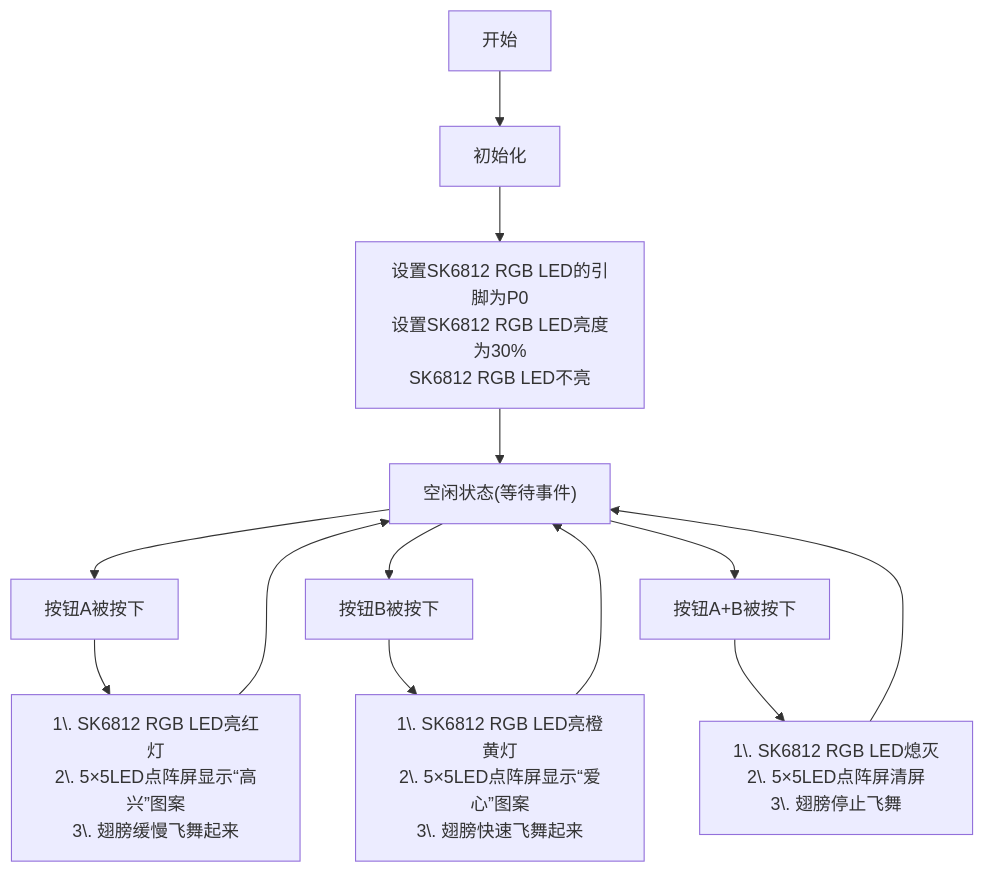
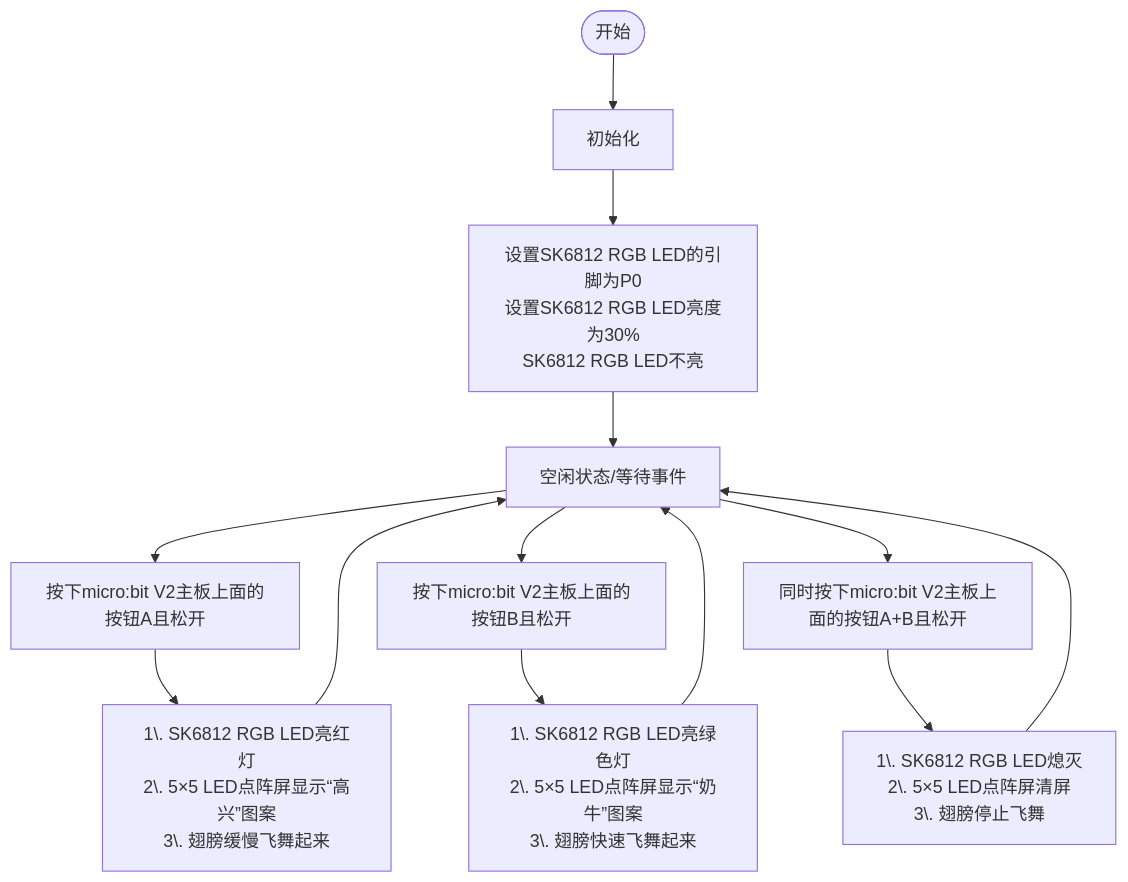
The diagram in docs/MakeCode_教程/Projects/课程08.md (keyestudio/KS0604-Keyestudio-Microbit-8-1-), drawn with Mermaid before and after one commit. The commit also changed other lines of this file and 235 other files, not shown here.

````diff
--- a/docs/MakeCode_教程/Projects/课程08.md
+++ b/docs/MakeCode_教程/Projects/课程08.md
@@ -35,21 +35,21 @@
 ```mermaid
 flowchart TD
-    Start["开始"] --> OnInit1["初始化"]
+    Start([开始]) --> OnInit1[初始化]
 
-    OnInit1 --> OnInit2["设置SK6812 RGB LED的引脚为P0<br>设置SK6812 RGB LED亮度为30%<br>SK6812 RGB LED不亮"]
+    OnInit1 --> OnInit2[设置SK6812 RGB LED的引脚为P0<br>设置SK6812 RGB LED亮度为30%<br>SK6812 RGB LED不亮]
     
-    OnInit2 --> IdleState["空闲状态(等待事件)"]
+    OnInit2 --> IdleState[空闲状态/等待事件]
     
-    IdleState --> EventBtnA["按钮A被按下"]
-    IdleState --> EventBtnB["按钮B被按下"]
-    IdleState --> EventBtnAB["按钮A+B被按下"]
+    IdleState --> EventBtnA[按下micro:bit V2主板上面的按钮A且松开]
+    IdleState --> EventBtnB[按下micro:bit V2主板上面的按钮B且松开]
+    IdleState --> EventBtnAB[同时按下micro:bit V2主板上面的按钮A+B且松开]
     
-    EventBtnA --> BtnAAction["1\. SK6812 RGB LED亮红灯<br>2\. 5×5LED点阵屏显示“高兴”图案<br>3\. 翅膀缓慢飞舞起来"]
+    EventBtnA --> BtnAAction[1\. SK6812 RGB LED亮红灯<br>2\. 5×5 LED点阵屏显示“高兴”图案<br>3\. 翅膀缓慢飞舞起来]
     BtnAAction --> IdleState
 
-    EventBtnB --> BtnBAction["1\. SK6812 RGB LED亮橙黄灯<br>2\. 5×5LED点阵屏显示“爱心”图案<br>3\. 翅膀快速飞舞起来"]
+    EventBtnB --> BtnBAction[1\. SK6812 RGB LED亮绿色灯<br>2\. 5×5 LED点阵屏显示“奶牛”图案<br>3\. 翅膀快速飞舞起来]
     BtnBAction --> IdleState
     
-    EventBtnAB --> BtnABAction["1\. SK6812 RGB LED熄灭<br>2\. 5×5LED点阵屏清屏<br>3\. 翅膀停止飞舞"]
+    EventBtnAB --> BtnABAction[1\. SK6812 RGB LED熄灭<br>2\. 5×5 LED点阵屏清屏<br>3\. 翅膀停止飞舞]
     BtnABAction --> IdleState
 ```
````
